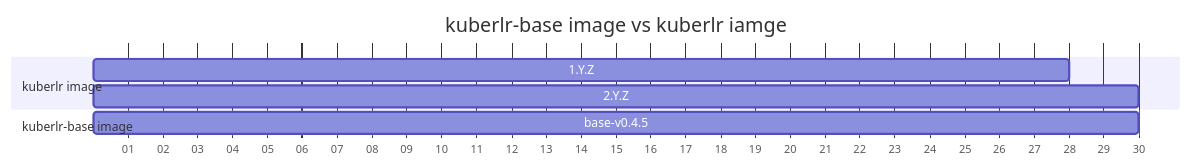
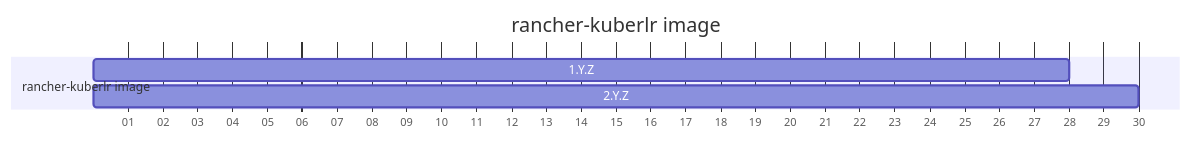
The first of 2 diagrams in README.md (mallardduck/rancher-kuberlr), drawn with Mermaid before and after one commit. The commit also changed other lines of this file, not shown here.

````diff
--- a/README.md
+++ b/README.md
@@ -29,14 +37,12 @@
 ```mermaid
 
 gantt
-    title kuberlr-base image vs kuberlr iamge
+    title rancher-kuberlr image
     todayMarker off
     dateFormat X
     axisFormat %S
     tickInterval 1second
-    section kuberlr image
+    section rancher-kuberlr image
         1.Y.Z           :25,28
         2.Y.Z           :27,30
-    section kuberlr-base image
-        base-v0.4.5     :25,30
 ```
````
